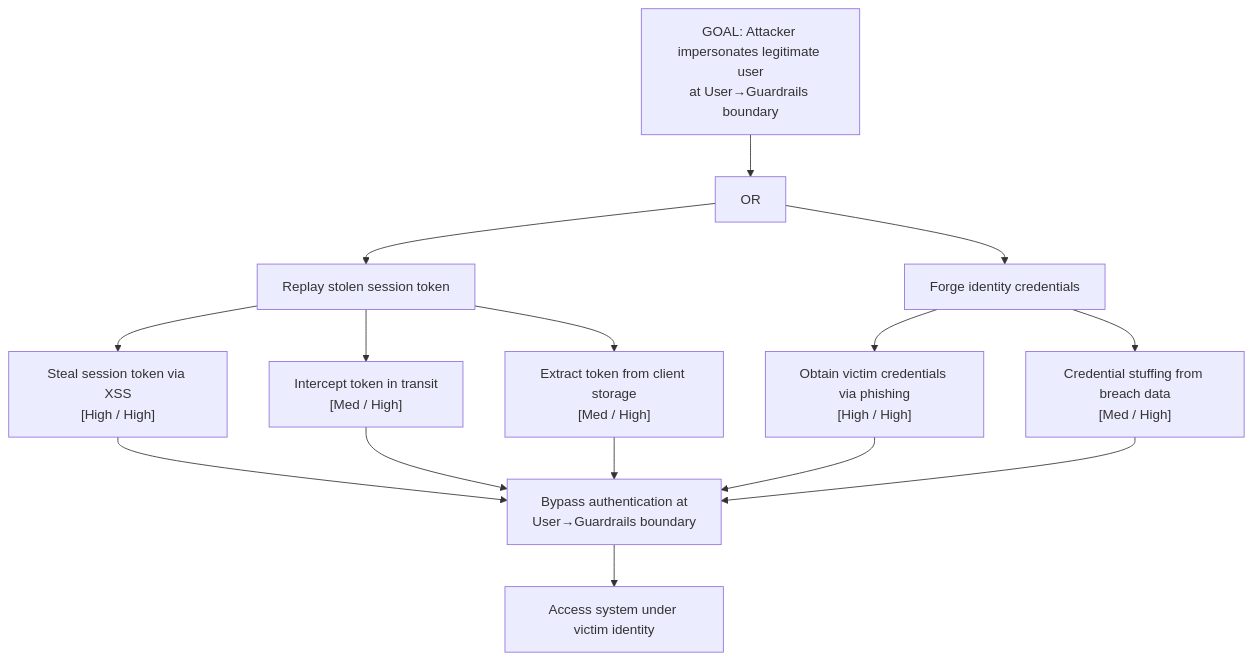
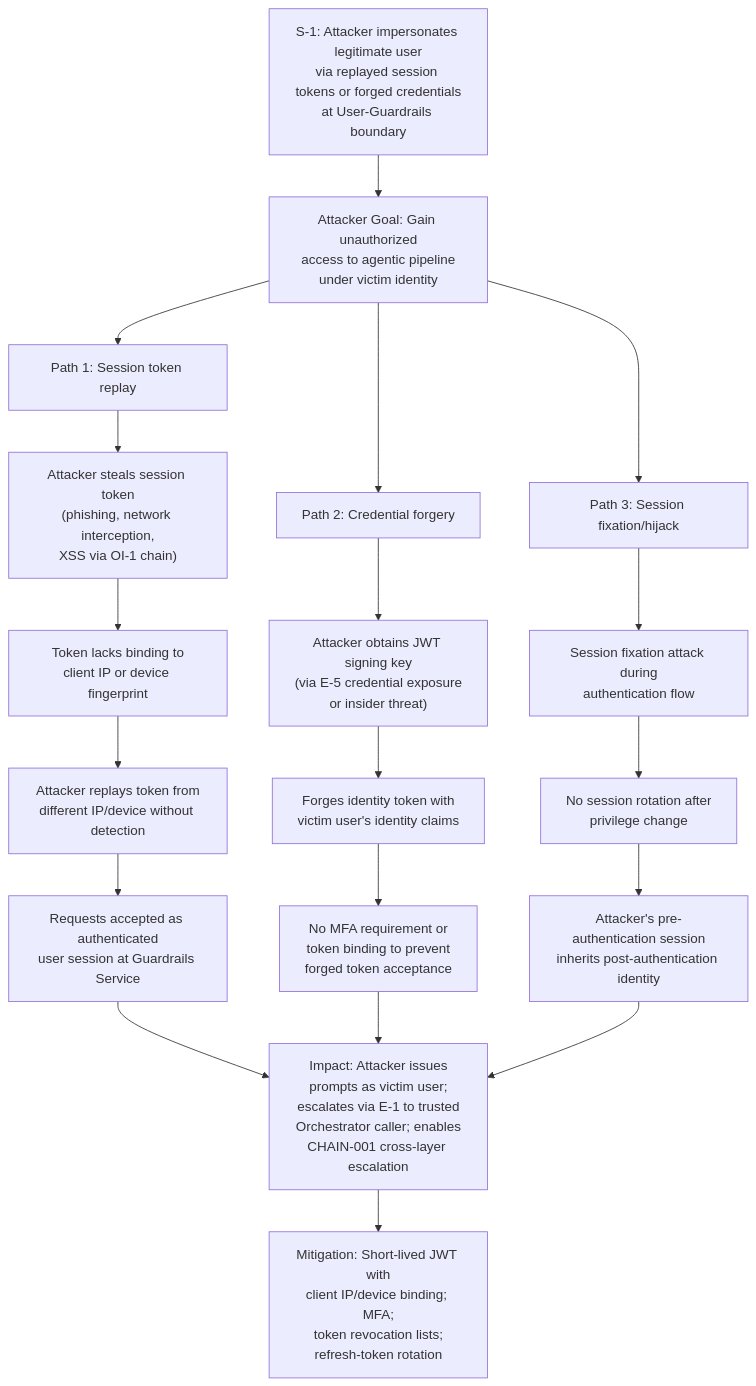
Before and after one commit to q-qp-p/davidmatousek-tachi: the diagram in examples/agentic-app/sample-report/attack-trees/s-1-attack-tree.md, drawn with Mermaid. The commit also changed other lines of this file and 66 other files, not shown here.

````diff
--- a/examples/agentic-app/sample-report/attack-trees/s-1-attack-tree.md
+++ b/examples/agentic-app/sample-report/attack-trees/s-1-attack-tree.md
@@ -10,18 +5,27 @@
 ```mermaid
 graph TD
-    GOAL["GOAL: Attacker impersonates legitimate user\nat User→Guardrails boundary"]
-    GOAL --> A["OR"]
-    A --> B["Replay stolen session token"]
-    A --> C["Forge identity credentials"]
-    B --> B1["Steal session token via XSS\n[High / High]"]
-    B --> B2["Intercept token in transit\n[Med / High]"]
-    B --> B3["Extract token from client storage\n[Med / High]"]
-    C --> C1["Obtain victim credentials via phishing\n[High / High]"]
-    C --> C2["Credential stuffing from breach data\n[Med / High]"]
-    B1 --> X["Bypass authentication at\nUser→Guardrails boundary"]
-    B2 --> X
-    B3 --> X
-    C1 --> X
-    C2 --> X
-    X --> Y["Access system under victim identity"]
+    ROOT["S-1: Attacker impersonates legitimate user<br/>via replayed session tokens or forged credentials<br/>at User-Guardrails boundary"]
+    ROOT --> A["Attacker Goal: Gain unauthorized<br/>access to agentic pipeline<br/>under victim identity"]
+
+    A --> B["Path 1: Session token replay"]
+    B --> B1["Attacker steals session token<br/>(phishing, network interception,<br/>XSS via OI-1 chain)"]
+    B1 --> B2["Token lacks binding to<br/>client IP or device fingerprint"]
+    B2 --> B3["Attacker replays token from<br/>different IP/device without detection"]
+    B3 --> B4["Requests accepted as authenticated<br/>user session at Guardrails Service"]
+
+    A --> C["Path 2: Credential forgery"]
+    C --> C1["Attacker obtains JWT signing key<br/>(via E-5 credential exposure<br/>or insider threat)"]
+    C1 --> C2["Forges identity token with<br/>victim user's identity claims"]
+    C2 --> C3["No MFA requirement or<br/>token binding to prevent<br/>forged token acceptance"]
+
+    A --> D["Path 3: Session fixation/hijack"]
+    D --> D1["Session fixation attack during<br/>authentication flow"]
+    D1 --> D2["No session rotation after<br/>privilege change"]
+    D2 --> D3["Attacker's pre-authentication session<br/>inherits post-authentication identity"]
+
+    B4 --> IMPACT["Impact: Attacker issues<br/>prompts as victim user;<br/>escalates via E-1 to trusted<br/>Orchestrator caller; enables<br/>CHAIN-001 cross-layer escalation"]
+    C3 --> IMPACT
+    D3 --> IMPACT
+
+    IMPACT --> MITIG["Mitigation: Short-lived JWT with<br/>client IP/device binding; MFA;<br/>token revocation lists;<br/>refresh-token rotation"]
 ```
````
